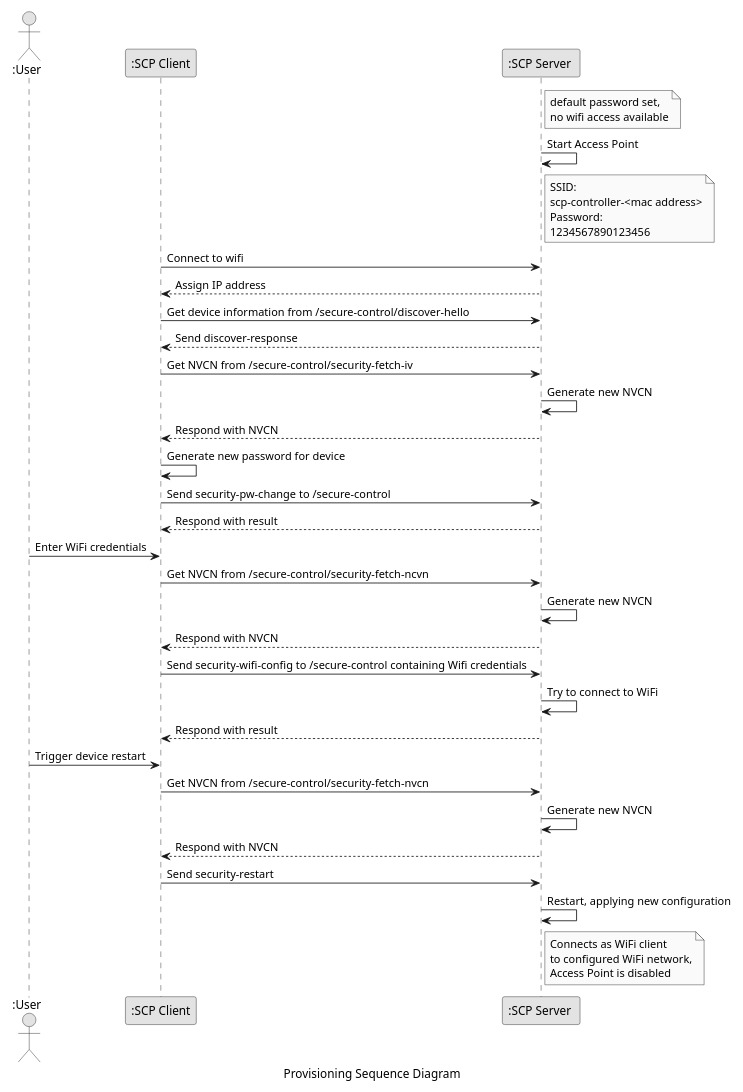
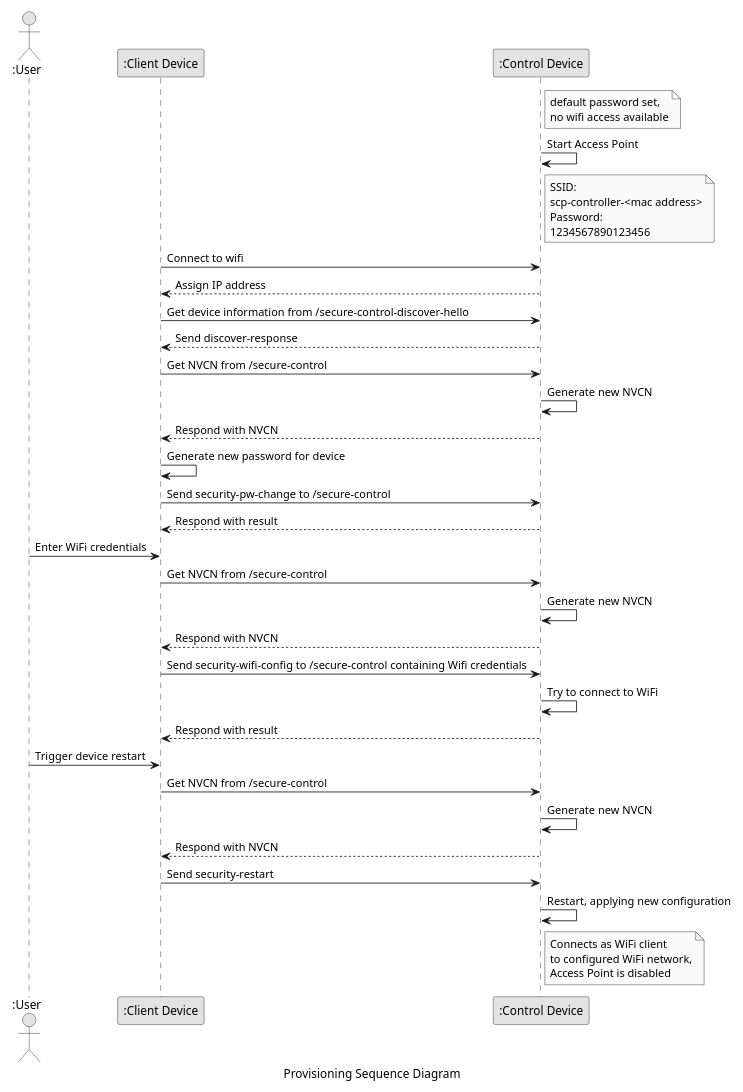
The second of 4 diagrams in doc/secure-control-protocol-specification.md (houseos/SCP), drawn with PlantUML before and after one commit. The commit also changed other lines of this file and 1 other file, not shown here.

````diff
--- a/doc/secure-control-protocol-specification.md
+++ b/doc/secure-control-protocol-specification.md
@@ -119,78 +117,78 @@
 ```plantuml
 @startuml
 caption Provisioning Sequence Diagram
 
 skinparam monochrome true
 
 scale max 650 width
 
 Actor ":User" as user
-participant ":SCP Client" as client
-participant ":SCP Server " as server
+participant ":Client Device" as client
+participant ":Control Device" as server
 note right of server
     default password set,
     no wifi access available
 end note
 
 server -> server : Start Access Point
 note right of server
     SSID:
     scp-controller-<mac address>
     Password:
     1234567890123456    
 end note
 
 client -> server : Connect to wifi
 
 server --> client : Assign IP address
 
-client -> server : Get device information from /secure-control/discover-hello
+client -> server : Get device information from /secure-control-discover-hello
 
 server --> client : Send discover-response
 
-client -> server : Get NVCN from /secure-control/security-fetch-iv
+client -> server : Get NVCN from /secure-control
 
 server -> server : Generate new NVCN
 
 server --> client : Respond with NVCN
 
 client -> client : Generate new password for device
 
 client -> server : Send security-pw-change to /secure-control
 
 server --> client : Respond with result
 
 user -> client : Enter WiFi credentials
 
-client -> server : Get NVCN from /secure-control/security-fetch-ncvn
+client -> server : Get NVCN from /secure-control
 
 server -> server : Generate new NVCN
 
 server --> client : Respond with NVCN
 
 client -> server : Send security-wifi-config to /secure-control containing Wifi credentials
 
 server -> server : Try to connect to WiFi
 
 server --> client : Respond with result
 
 user -> client : Trigger device restart
 
-client -> server : Get NVCN from /secure-control/security-fetch-nvcn
+client -> server : Get NVCN from /secure-control
 
 server -> server : Generate new NVCN
 
 server --> client : Respond with NVCN
 
 client -> server : Send security-restart
 
 server -> server : Restart, applying new configuration
 
 note right of server
     Connects as WiFi client 
     to configured WiFi network,
     Access Point is disabled
 end note
 
 @enduml
 ```
````
